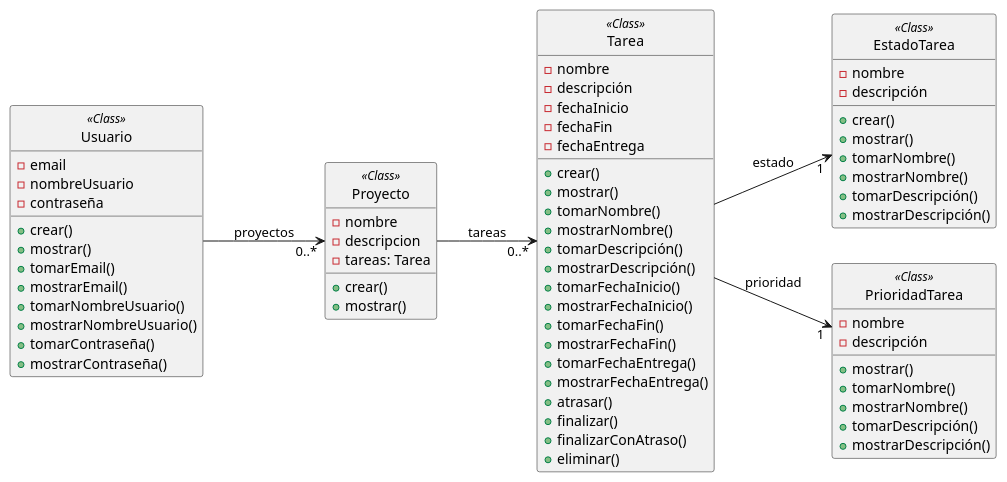
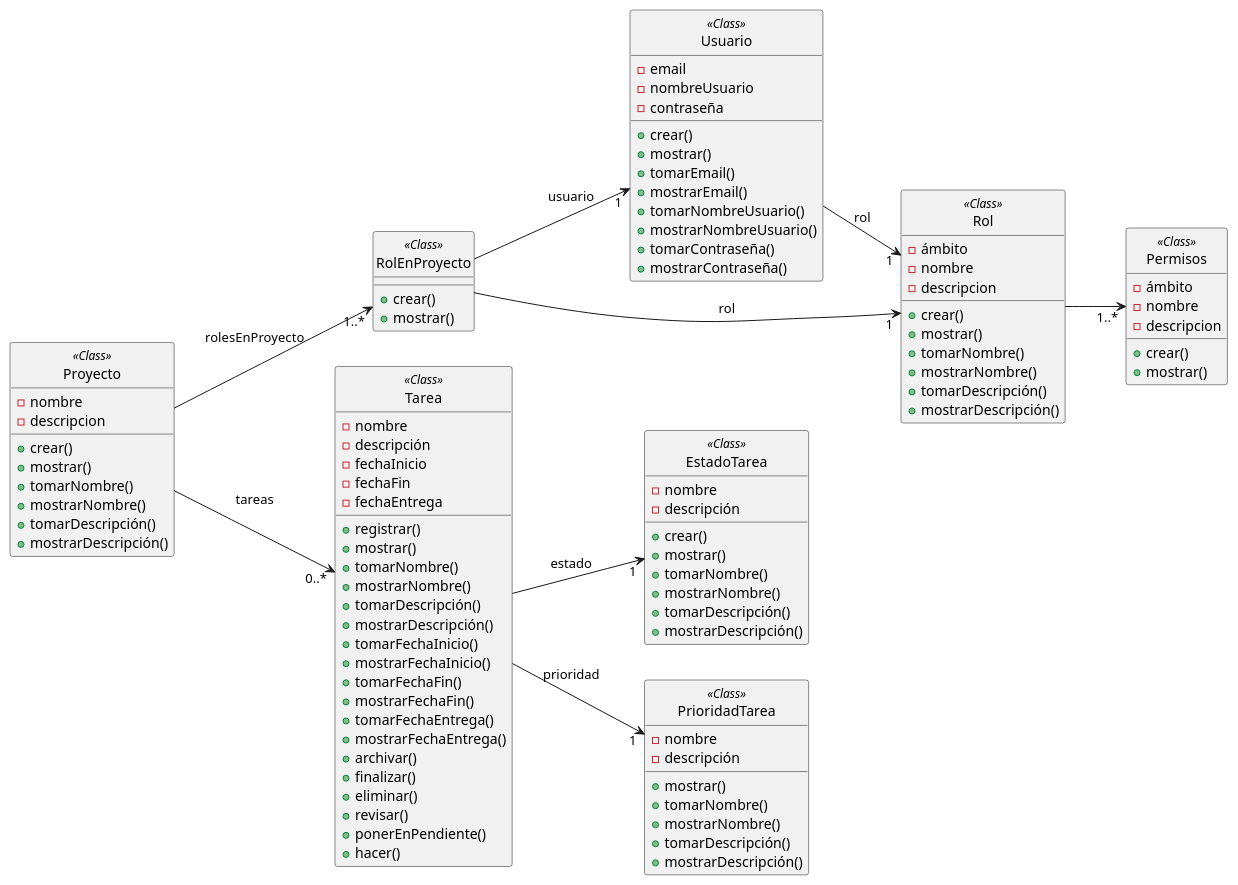
Before and after one commit to ciggyx/Task_Flow: the diagram in Modelado/DiagramaMD.plantuml, drawn with PlantUML. The commit also changed 6 other files, not shown here.

Commit message:
refactor: actualización de diagramas que utilizamos

```diff
--- a/Modelado/DiagramaMD.plantuml
+++ b/Modelado/DiagramaMD.plantuml
@@ -1,75 +1,109 @@
 @startuml ModeloDeDominio
 left to right direction
 hide <<Class>> circle
 class Usuario<<Class>>{
     - email
     - nombreUsuario
     - contraseña
     + crear()
     + mostrar()
     + tomarEmail()
     + mostrarEmail()
     + tomarNombreUsuario()
     + mostrarNombreUsuario()
     + tomarContraseña()
     + mostrarContraseña()
 }
 
 class Proyecto<<Class>>{
     - nombre
     - descripcion
-    - tareas: Tarea
+    + crear()
+    + mostrar()
+    + tomarNombre()
+    + mostrarNombre()
+    + tomarDescripción()
+    + mostrarDescripción()
+   
+}
+
+class RolEnProyecto<<Class>>{
     + crear()
     + mostrar()
 }
-'aunque crear es por defecto sería el new() o registrar() si le ponemos otro nombre
+
+class Rol<<Class>>{
+    - ámbito
+    - nombre
+    - descripcion
+    + crear()
+    + mostrar()
+    + tomarNombre()
+    + mostrarNombre()
+    + tomarDescripción()
+    + mostrarDescripción()
+}
+class Permisos<<Class>>{
+    - ámbito
+    - nombre
+    - descripcion
+    + crear()
+    + mostrar()
+}
+
 class Tarea<<Class>>{
     - nombre
     - descripción
     - fechaInicio
     - fechaFin
     - fechaEntrega
-    + crear() 
+    + registrar()
     + mostrar()
     + tomarNombre()
     + mostrarNombre()
     + tomarDescripción()
     + mostrarDescripción()
     + tomarFechaInicio()
     + mostrarFechaInicio()
     + tomarFechaFin()
     + mostrarFechaFin()
     + tomarFechaEntrega()
     + mostrarFechaEntrega()
-    + atrasar()
+    + archivar()
     + finalizar()
-    + finalizarConAtraso()
     + eliminar()
+    + revisar()
+    + ponerEnPendiente()
+    + hacer()
 }
 
 class EstadoTarea<<Class>>{
     - nombre
     - descripción
     + crear()
     + mostrar()
     + tomarNombre()
     + mostrarNombre()
     + tomarDescripción()
     + mostrarDescripción()
 }
 
 class PrioridadTarea<<Class>>{
     - nombre
     - descripción
     + mostrar()
     + tomarNombre()
     + mostrarNombre()
     + tomarDescripción()
-    + mostrarDescripción() 
+    + mostrarDescripción()
 }
 
-Usuario --> "0..*" Proyecto : proyectos
+Usuario --> "1" Rol : rol
 Proyecto --> "0..*" Tarea: tareas
+Proyecto --> "1..*" RolEnProyecto: rolesEnProyecto
+RolEnProyecto --> "1" Usuario : usuario
+RolEnProyecto --> "1" Rol: rol
 Tarea --> "1" EstadoTarea : estado
 Tarea --> "\t\t1" PrioridadTarea :  prioridad
+Rol --> "1..*" Permisos
 @enduml
```
